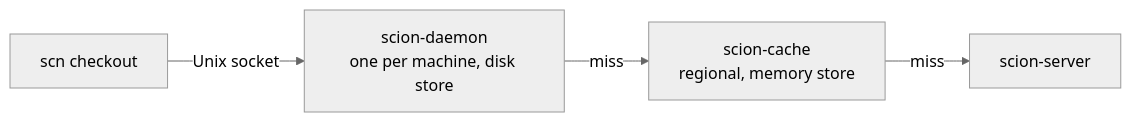
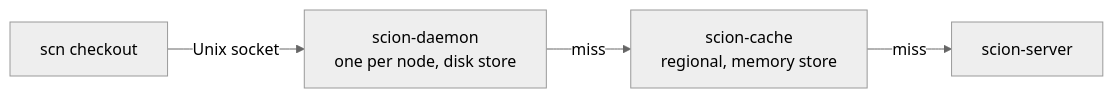
Before and after one commit to bnsd55/open-scion: the fourth of 4 diagrams in docs/architecture.md, drawn with Mermaid (neutral theme). The commit also changed other lines of this file, not shown here.

First line of the commit message:
docs: fix review findings in the architecture overview

````diff
--- a/docs/architecture.md
+++ b/docs/architecture.md
@@ -363,6 +383,6 @@
 ```mermaid
 flowchart LR
-    job["scn checkout"] -->|"Unix socket"| daemon["scion-daemon<br/>one per machine, disk store"]
+    job["scn checkout"] -->|"Unix socket"| daemon["scion-daemon<br/>one per node, disk store"]
     daemon -->|"miss"| cache["scion-cache<br/>regional, memory store"]
     cache -->|"miss"| server["scion-server"]
 ```
````
